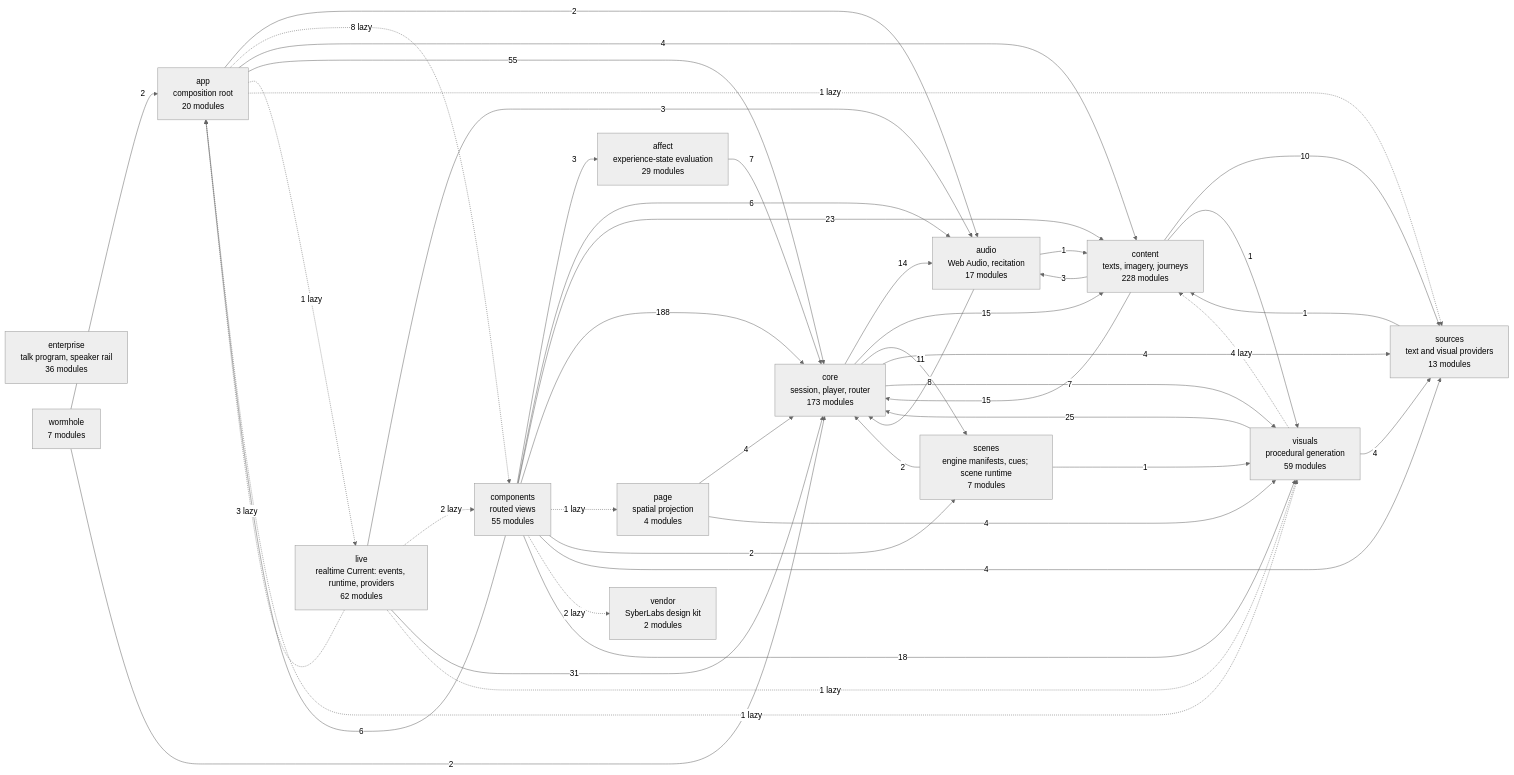
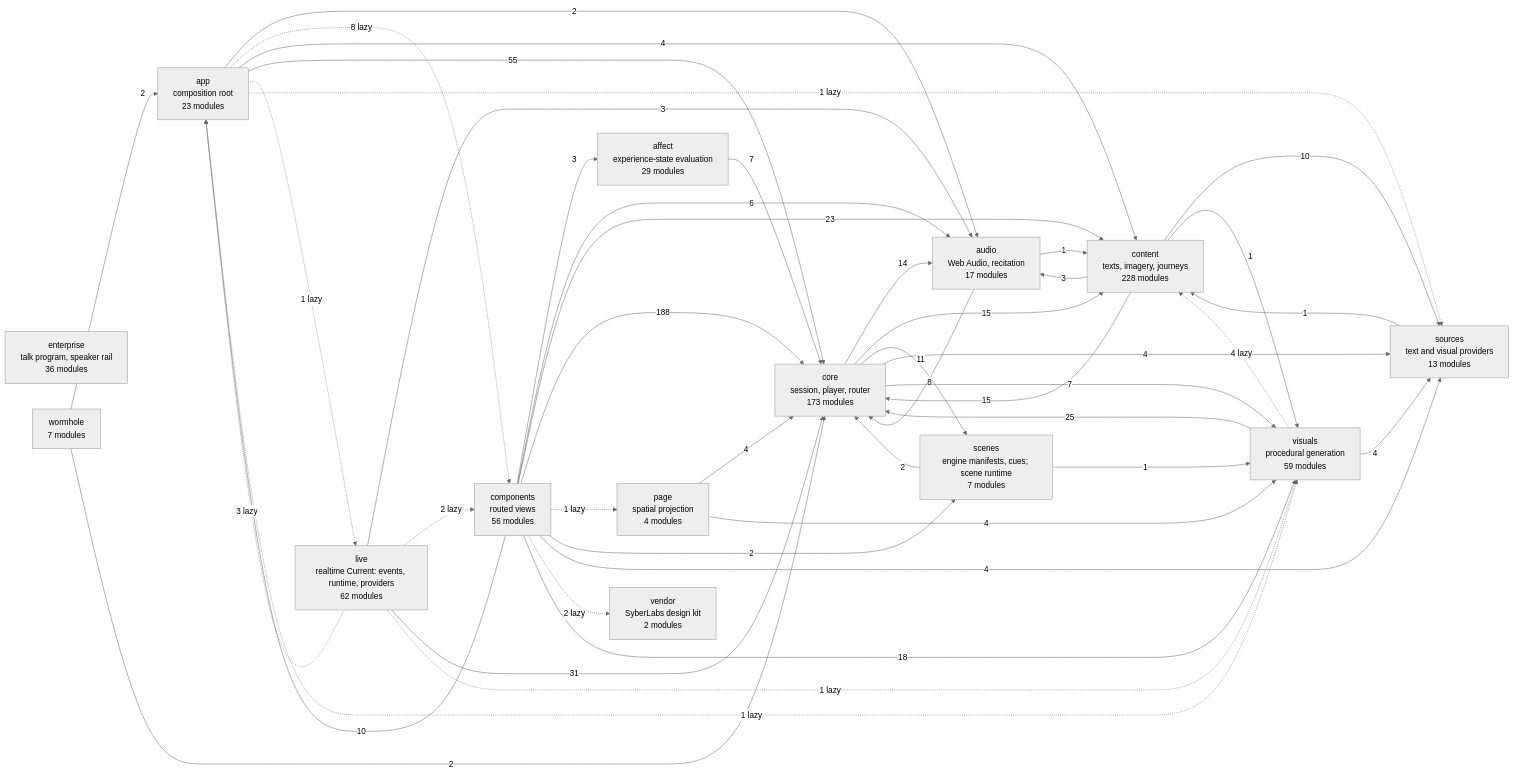
Before and after one commit to SyberLabs/RISE: the diagram in docs/specs/ARCHITECTURE.md, drawn with Mermaid (neutral theme). The commit also changed 2 other files, not shown here.

Commit message:
Codex: reconcile customer release documentation and ownership

````diff
--- a/docs/specs/ARCHITECTURE.md
+++ b/docs/specs/ARCHITECTURE.md
@@ -161,62 +161,62 @@
 ```mermaid
 flowchart LR
     affect["affect<br/>experience-state evaluation<br/>29 modules"]
-    app["app<br/>composition root<br/>20 modules"]
+    app["app<br/>composition root<br/>23 modules"]
     audio["audio<br/>Web Audio, recitation<br/>17 modules"]
-    components["components<br/>routed views<br/>55 modules"]
+    components["components<br/>routed views<br/>56 modules"]
     content["content<br/>texts, imagery, journeys<br/>228 modules"]
     core["core<br/>session, player, router<br/>173 modules"]
     enterprise["enterprise<br/>talk program, speaker rail<br/>36 modules"]
     live["live<br/>realtime Current: events, runtime, providers<br/>62 modules"]
     page["page<br/>spatial projection<br/>4 modules"]
     scenes["scenes<br/>engine manifests, cues; scene runtime<br/>7 modules"]
     sources["sources<br/>text and visual providers<br/>13 modules"]
     vendor["vendor<br/>SyberLabs design kit<br/>2 modules"]
     visuals["visuals<br/>procedural generation<br/>59 modules"]
     wormhole["wormhole<br/>7 modules"]
 
     affect --> |7| core
     app --> |2| audio
     app -.-> |8 lazy| components
     app --> |4| content
     app --> |55| core
     app -.-> |1 lazy| live
     app -.-> |1 lazy| sources
     app -.-> |1 lazy| visuals
     audio --> |1| content
     audio --> |8| core
     components --> |3| affect
-    components --> |6| app
+    components --> |10| app
     components --> |6| audio
     components --> |23| content
     components --> |188| core
     components -.-> |1 lazy| page
     components --> |2| scenes
     components --> |4| sources
     components -.-> |2 lazy| vendor
     components --> |18| visuals
     content --> |3| audio
     content --> |15| core
     content --> |10| sources
     content --> |1| visuals
     core --> |14| audio
     core --> |15| content
     core --> |11| scenes
     core --> |4| sources
     core --> |7| visuals
     live -.-> |3 lazy| app
     live --> |3| audio
     live -.-> |2 lazy| components
     live --> |31| core
     live -.-> |1 lazy| visuals
     page --> |4| core
     page --> |4| visuals
     scenes --> |2| core
     scenes --> |1| visuals
     sources --> |1| content
     visuals -.-> |4 lazy| content
     visuals --> |25| core
     visuals --> |4| sources
     wormhole --> |2| app
     wormhole --> |2| core
 ```
````
